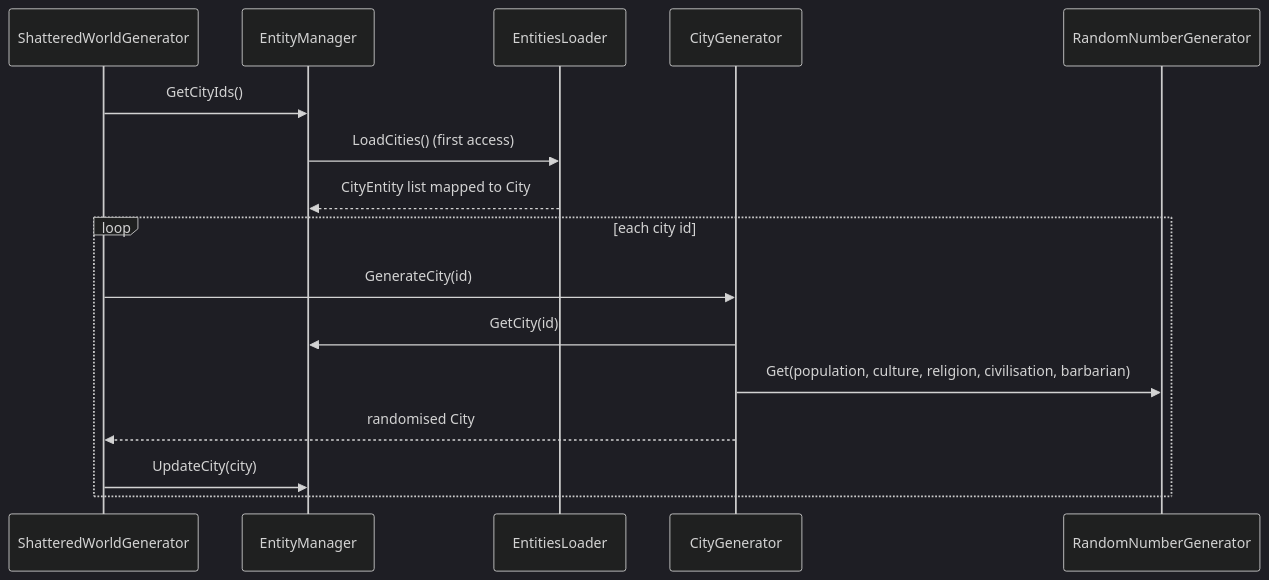
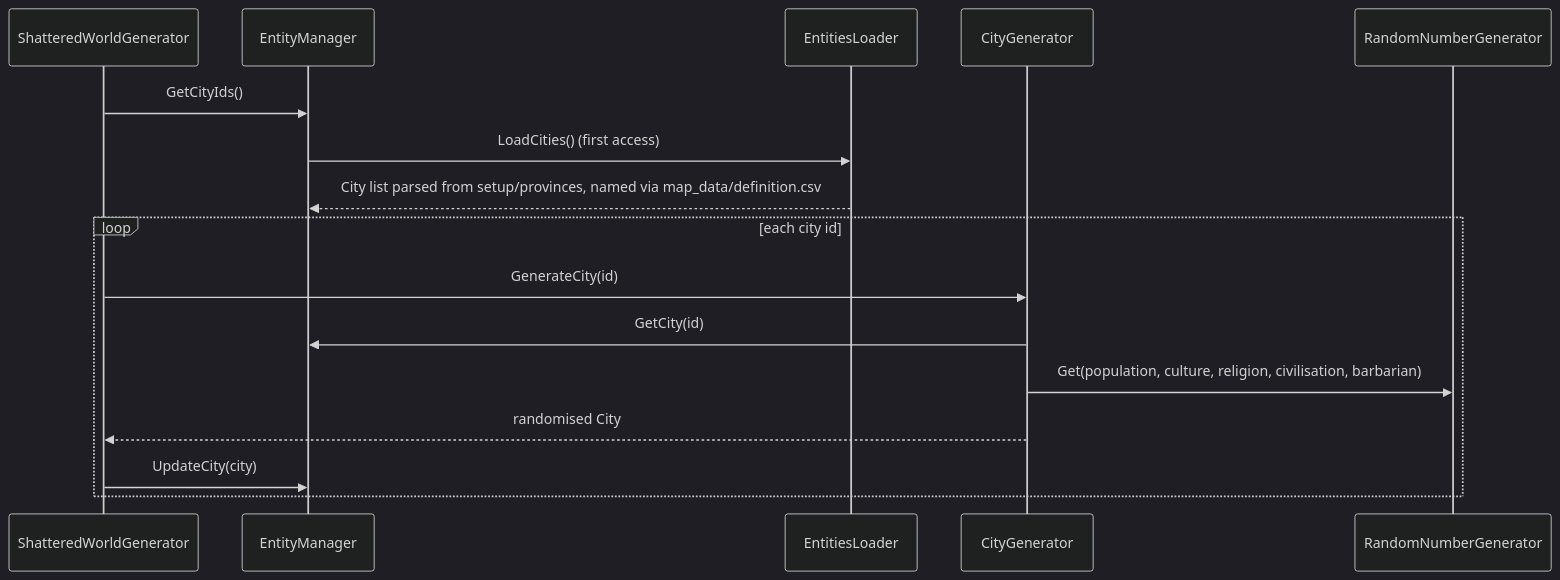
One commit to hmlendea/imperator-shattered-world-generator changed the fifth of 8 diagrams in ARCHITECTURE.md. Above: the diagram before and after it, drawn with Mermaid (dark theme). The commit also changed other lines of this file and 30 other files, not shown here.

````diff
--- a/ARCHITECTURE.md
+++ b/ARCHITECTURE.md
@@ -256,19 +259,19 @@
 ```mermaid
 sequenceDiagram
     participant Orchestrator as ShatteredWorldGenerator
     participant Manager as EntityManager
     participant Loader as EntitiesLoader
     participant CityGen as CityGenerator
     participant Rng as RandomNumberGenerator
 
     Orchestrator->>Manager: GetCityIds()
     Manager->>Loader: LoadCities() (first access)
-    Loader-->>Manager: CityEntity list mapped to City
+    Loader-->>Manager: City list parsed from setup/provinces, named via map_data/definition.csv
     loop each city id
         Orchestrator->>CityGen: GenerateCity(id)
         CityGen->>Manager: GetCity(id)
         CityGen->>Rng: Get(population, culture, religion, civilisation, barbarian)
         CityGen-->>Orchestrator: randomised City
         Orchestrator->>Manager: UpdateCity(city)
     end
 ```
````
